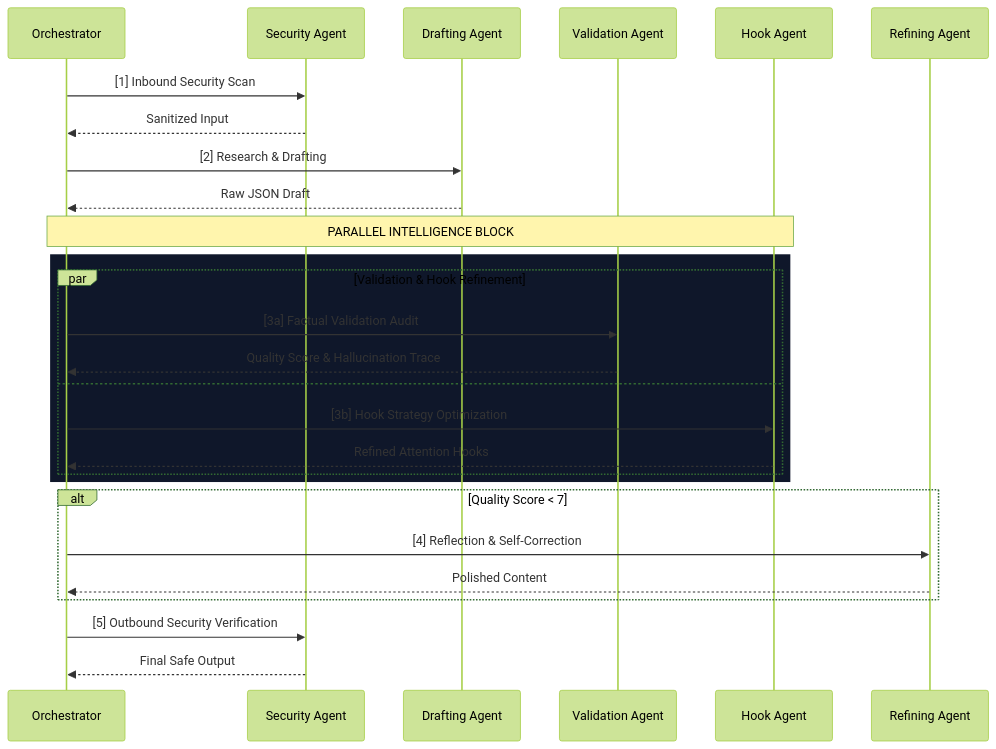
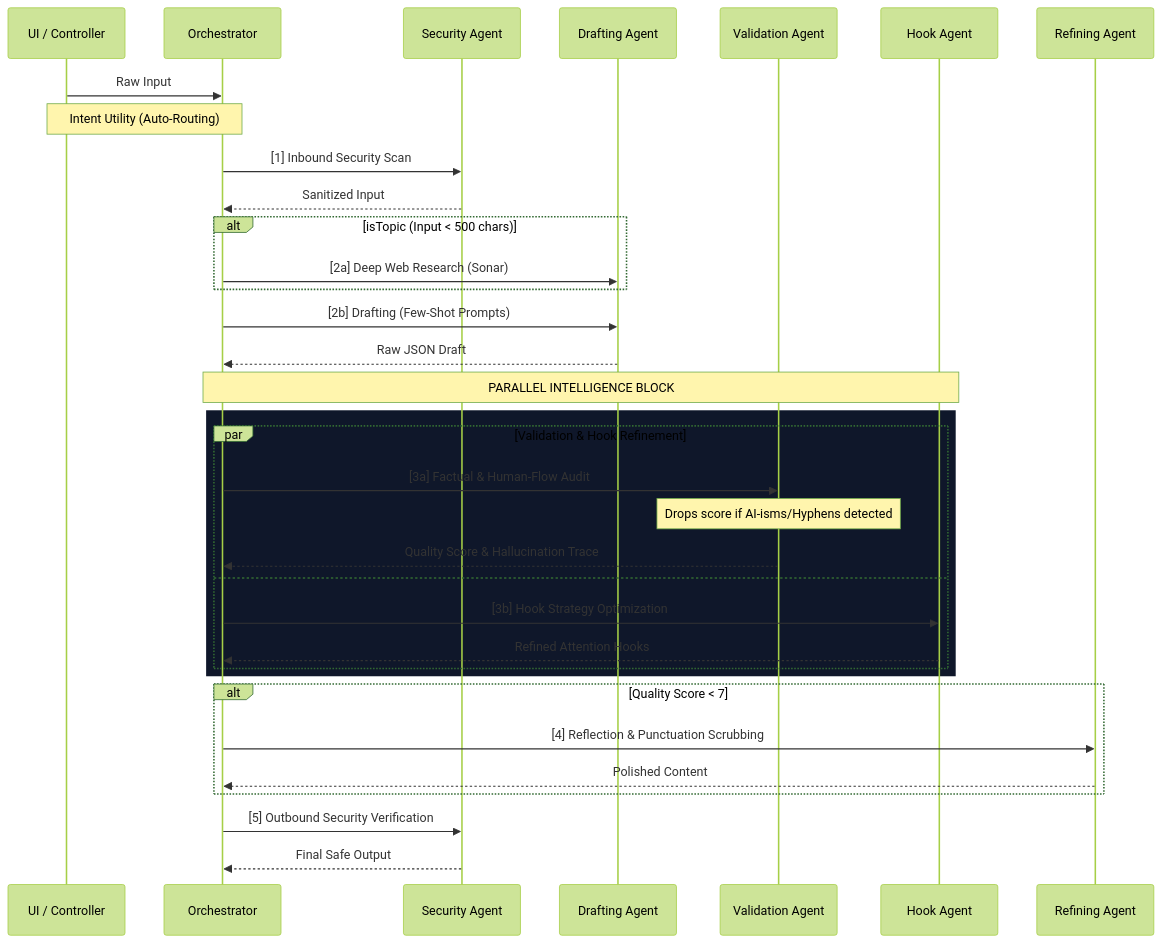
Before and after one commit to rs-rajsan/GhostPost: the diagram in docs/ARCHITECTURE.md, drawn with Mermaid (forest theme). The commit also changed other lines of this file and 5 other files, not shown here.

````diff
--- a/docs/ARCHITECTURE.md
+++ b/docs/ARCHITECTURE.md
@@ -9,34 +9,43 @@
 ```mermaid
 sequenceDiagram
+    participant U as UI / Controller
     participant O as Orchestrator
     participant S as Security Agent
     participant D as Drafting Agent
     participant V as Validation Agent
     participant H as Hook Agent
     participant R as Refining Agent
 
+    U->>O: Raw Input
+    Note over U,O: Intent Utility (Auto-Routing)
+    
     O->>S: [1] Inbound Security Scan
     S-->>O: Sanitized Input
     
-    O->>D: [2] Research & Drafting
+    alt isTopic (Input < 500 chars)
+        O->>D: [2a] Deep Web Research (Sonar)
+    end
+
+    O->>D: [2b] Drafting (Few-Shot Prompts)
     D-->>O: Raw JSON Draft
     
     Note over O,H: PARALLEL INTELLIGENCE BLOCK
     rect rgb(15, 23, 42)
     par Validation & Hook Refinement
-        O->>V: [3a] Factual Validation Audit
+        O->>V: [3a] Factual & Human-Flow Audit
+        Note over V: Drops score if AI-isms/Hyphens detected
         V-->>O: Quality Score & Hallucination Trace
     and
         O->>H: [3b] Hook Strategy Optimization
         H-->>O: Refined Attention Hooks
     end
     end
 
     alt Quality Score < 7
-        O->>R: [4] Reflection & Self-Correction
+        O->>R: [4] Reflection & Punctuation Scrubbing
         R-->>O: Polished Content
     end
 
     O->>S: [5] Outbound Security Verification
     S-->>O: Final Safe Output
 ```
````
